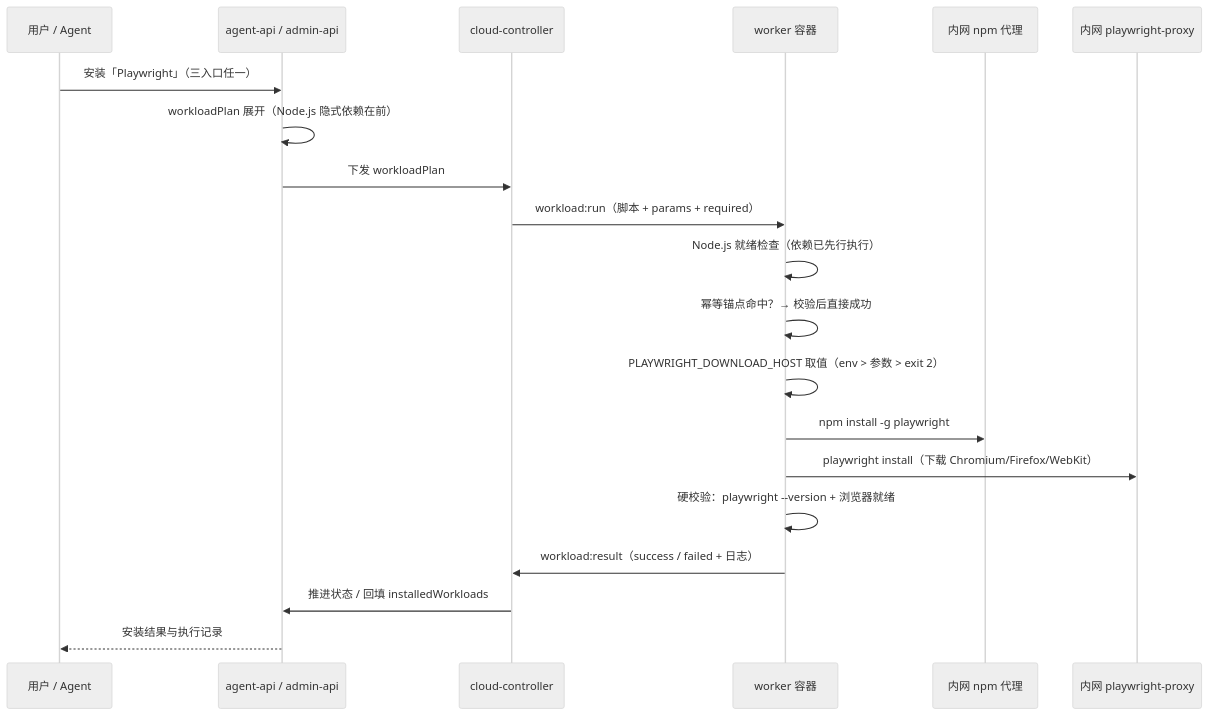
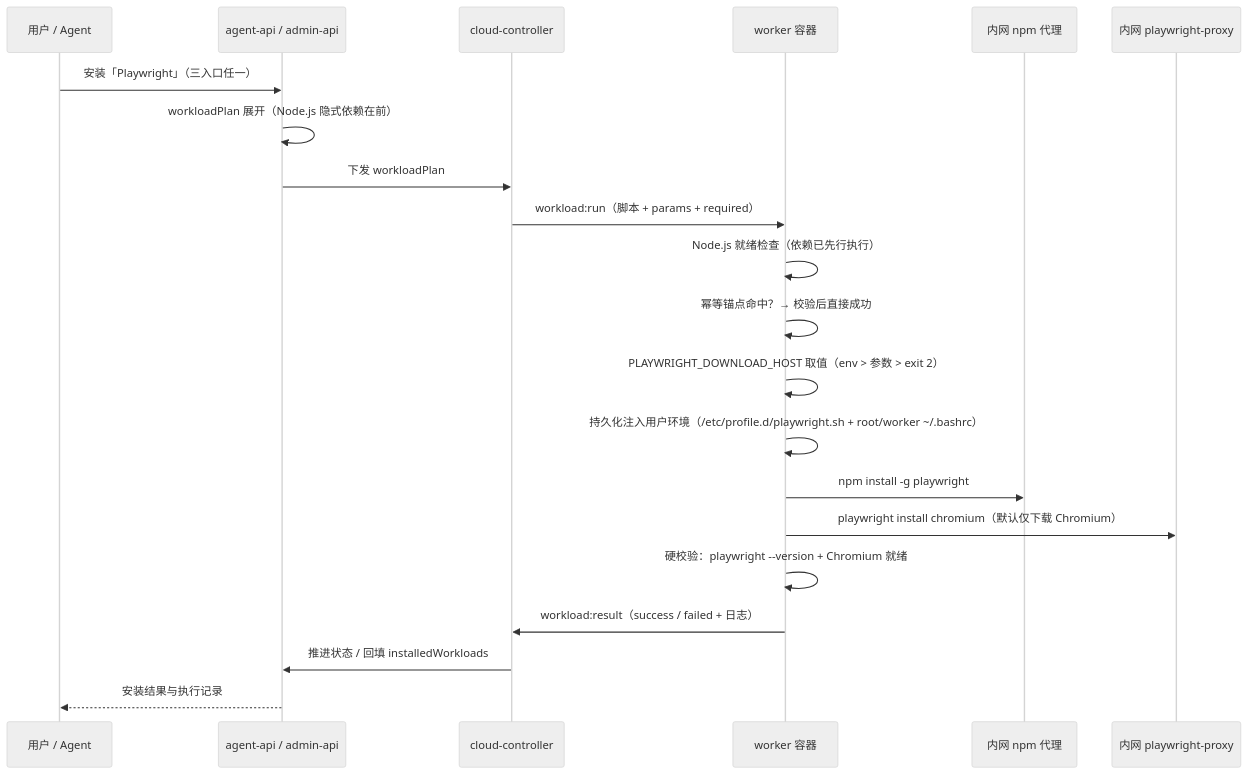
The third of 3 diagrams in docs/engineering/proposals/20261028-feat-playwright-workload.md (Deliay/z-agent-gear), drawn with Mermaid (neutral theme) before and after one commit. The commit also changed other lines of this file and 2 other files, not shown here.

First line of the commit message:
docs(prd,plan): v1.1 评审修订——下载地址持久注入 root/worker 用户环境 + 默认仅安装 Chromium

````diff
--- a/docs/engineering/proposals/20261028-feat-playwright-workload.md
+++ b/docs/engineering/proposals/20261028-feat-playwright-workload.md
@@ -152,23 +156,24 @@
 ```mermaid
 sequenceDiagram
     participant U as 用户 / Agent
     participant API as agent-api / admin-api
     participant CC as cloud-controller
     participant W as worker 容器
     participant NP as 内网 npm 代理
     participant PP as 内网 playwright-proxy
 
     U->>API: 安装「Playwright」（三入口任一）
     API->>API: workloadPlan 展开（Node.js 隐式依赖在前）
     API->>CC: 下发 workloadPlan
     CC->>W: workload:run（脚本 + params + required）
     W->>W: Node.js 就绪检查（依赖已先行执行）
     W->>W: 幂等锚点命中？→ 校验后直接成功
     W->>W: PLAYWRIGHT_DOWNLOAD_HOST 取值（env > 参数 > exit 2）
+    W->>W: 持久化注入用户环境（/etc/profile.d/playwright.sh + root/worker ~/.bashrc）
     W->>NP: npm install -g playwright
-    W->>PP: playwright install（下载 Chromium/Firefox/WebKit）
-    W->>W: 硬校验：playwright --version + 浏览器就绪
+    W->>PP: playwright install chromium（默认仅下载 Chromium）
+    W->>W: 硬校验：playwright --version + Chromium 就绪
     W->>CC: workload:result（success / failed + 日志）
     CC->>API: 推进状态 / 回填 installedWorkloads
     API-->>U: 安装结果与执行记录
 ```
````
